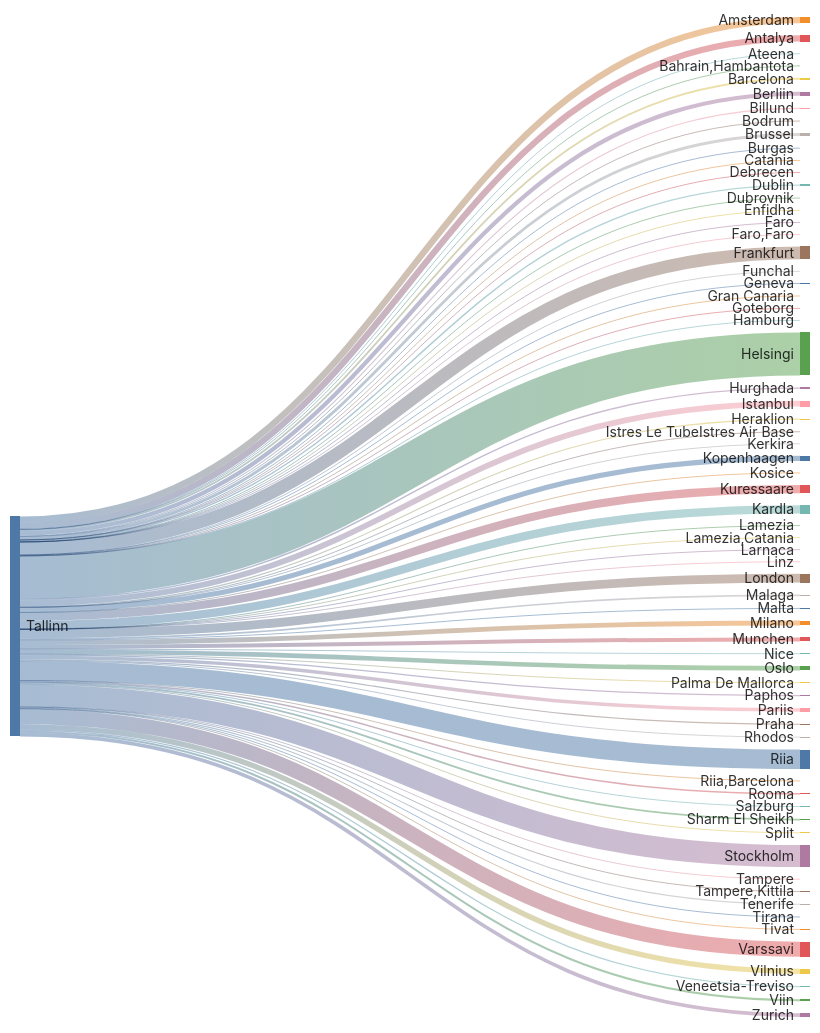
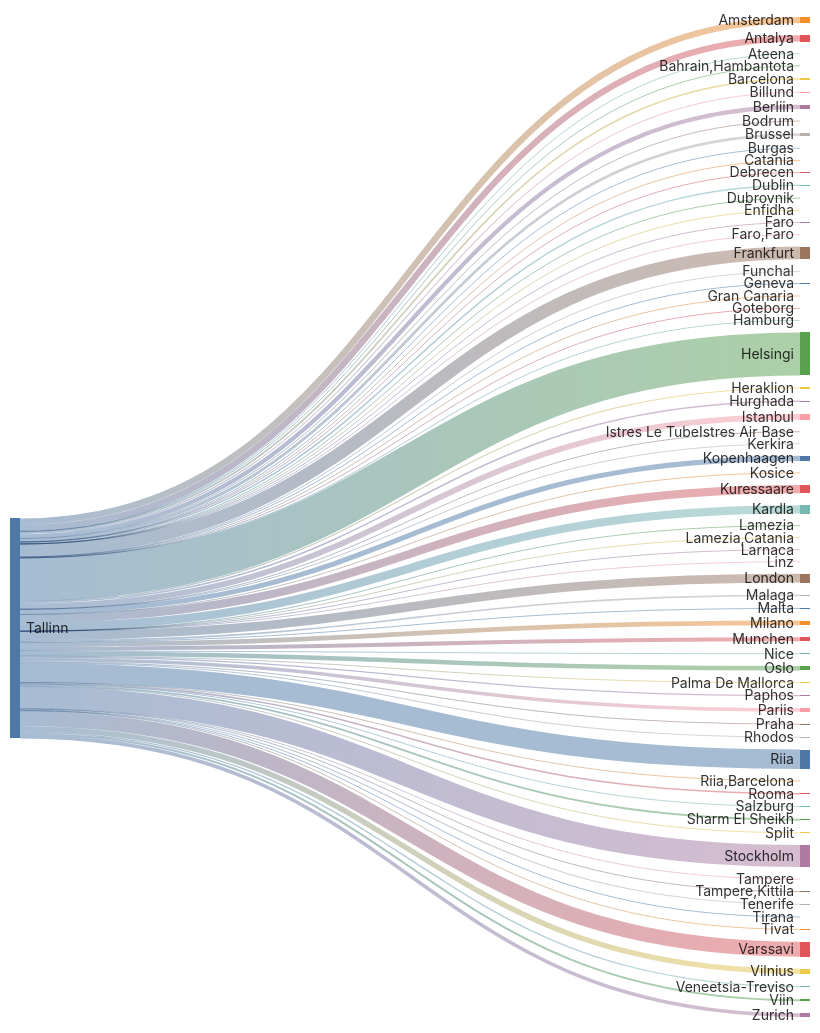
Before and after one commit to rainermesi/tll-airport-departures: the second of 2 diagrams in README.md, drawn with Mermaid. The commit also changed other lines of this file and 1 other file, not shown here.

````diff
--- a/README.md
+++ b/README.md
@@ -34,79 +34,79 @@
 ```mermaid
 ---
 config:
   sankey:
     showValues: false
     width: 800
     height: 1000
 ---
 sankey-beta
 %% source,target,value
-Tallinn,Amsterdam,337
-Tallinn,Antalya,327
+Tallinn,Amsterdam,339
+Tallinn,Antalya,330
 Tallinn,Ateena,16
 Tallinn,"Bahrain,Hambantota",1
 Tallinn,Barcelona,93
-Tallinn,Berliin,222
+Tallinn,Berliin,224
 Tallinn,Billund,55
 Tallinn,Bodrum,11
-Tallinn,Brussel,145
-Tallinn,Burgas,27
+Tallinn,Brussel,146
+Tallinn,Burgas,28
 Tallinn,Catania,2
 Tallinn,Debrecen,1
 Tallinn,Dublin,74
 Tallinn,Dubrovnik,21
 Tallinn,Enfidha,7
 Tallinn,Faro,4
 Tallinn,"Faro,Faro",1
-Tallinn,Frankfurt,670
+Tallinn,Frankfurt,673
 Tallinn,Funchal,5
 Tallinn,Geneva,13
 Tallinn,Gran Canaria,38
 Tallinn,Goteborg,1
 Tallinn,Hamburg,2
-Tallinn,Helsingi,2258
+Tallinn,Helsingi,2267
 Tallinn,Heraklion,58
 Tallinn,Hurghada,75
-Tallinn,Istanbul,302
+Tallinn,Istanbul,303
 Tallinn,Istres Le TubeIstres Air Base,2
 Tallinn,Kerkira,4
-Tallinn,Kopenhaagen,267
+Tallinn,Kopenhaagen,269
 Tallinn,Kosice,1
-Tallinn,Kuressaare,437
-Tallinn,Kardla,437
+Tallinn,Kuressaare,439
+Tallinn,Kardla,439
 Tallinn,Lamezia,1
 Tallinn,"Lamezia,Catania",3
 Tallinn,Larnaca,4
 Tallinn,Linz,2
-Tallinn,London,463
+Tallinn,London,465
 Tallinn,Malaga,88
 Tallinn,Malta,18
 Tallinn,Milano,251
-Tallinn,Munchen,210
+Tallinn,Munchen,212
 Tallinn,Nice,31
-Tallinn,Oslo,237
+Tallinn,Oslo,238
 Tallinn,Palma De Mallorca,22
 Tallinn,Paphos,66
-Tallinn,Pariis,184
-Tallinn,Praha,58
-Tallinn,Rhodos,38
-Tallinn,Riia,1018
+Tallinn,Pariis,186
+Tallinn,Praha,59
+Tallinn,Rhodos,39
+Tallinn,Riia,1022
 Tallinn,"Riia,Barcelona",1
 Tallinn,Rooma,80
 Tallinn,Salzburg,14
-Tallinn,Sharm El Sheikh,93
-Tallinn,Split,31
-Tallinn,Stockholm,1153
+Tallinn,Sharm El Sheikh,94
+Tallinn,Split,32
+Tallinn,Stockholm,1158
 Tallinn,Tampere,17
 Tallinn,"Tampere,Kittila",21
 Tallinn,Tenerife,58
-Tallinn,Tirana,11
+Tallinn,Tirana,12
 Tallinn,Tivat,35
-Tallinn,Varssavi,781
+Tallinn,Varssavi,785
 Tallinn,Veneetsia-Treviso,67
 Tallinn,Viin,106
-Tallinn,Vilnius,280
-Tallinn,Zurich,190
+Tallinn,Vilnius,281
+Tallinn,Zurich,191
 
 
 ```
````
